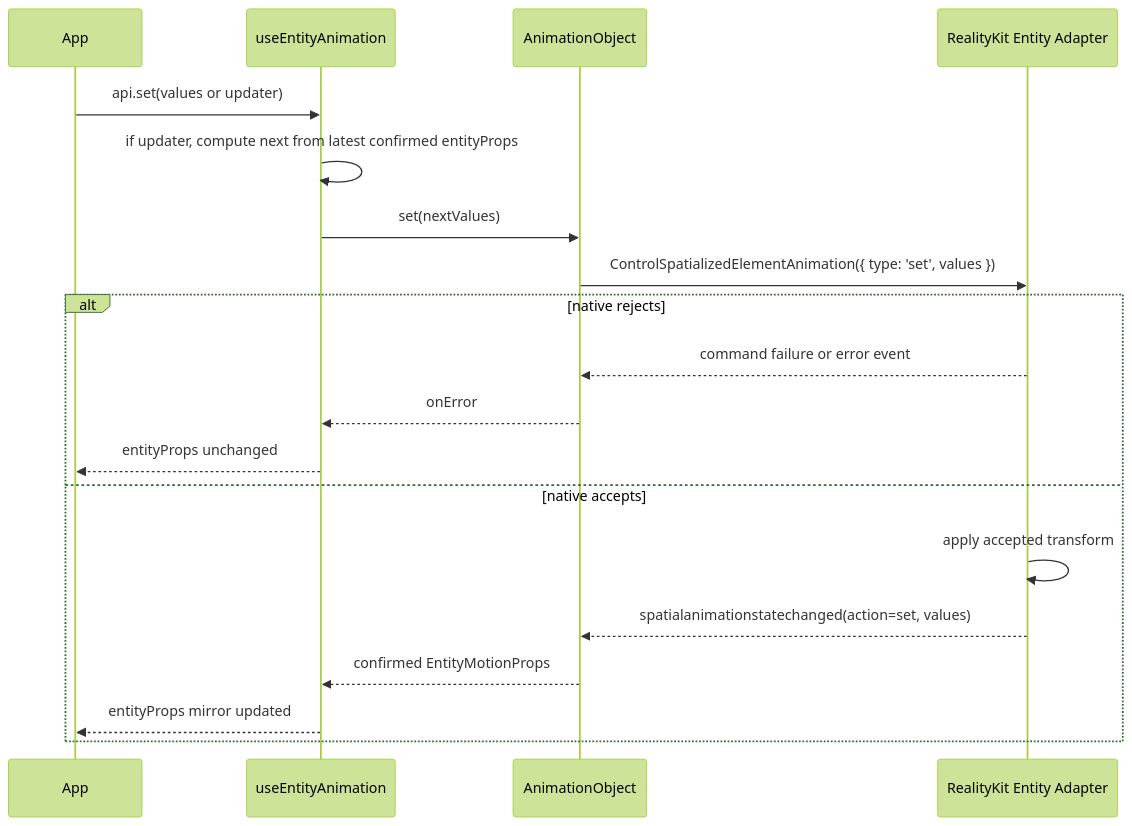
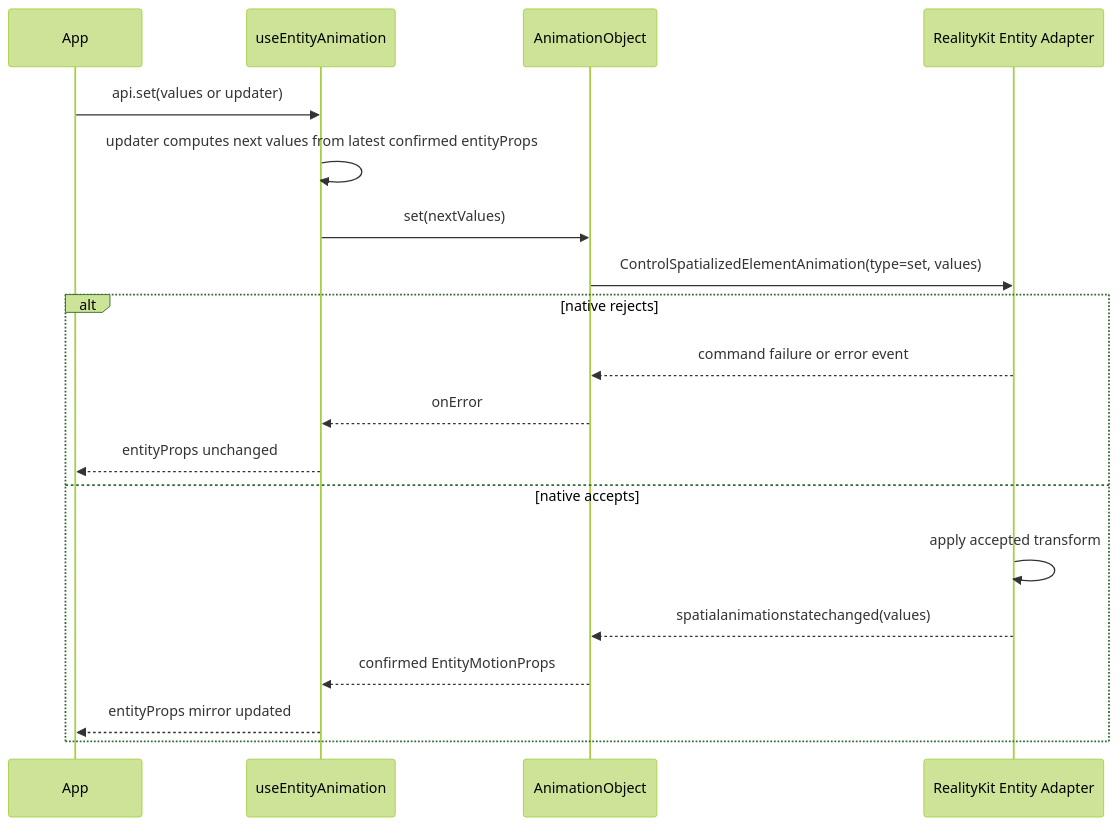
The third of 5 diagrams in openspec/changes/redesign-entity-motion-api/design.md (webspatial/webspatial-sdk), drawn with Mermaid (forest theme) before and after one commit. The commit also changed other lines of this file and 1 other file, not shown here.

````diff
--- a/openspec/changes/redesign-entity-motion-api/design.md
+++ b/openspec/changes/redesign-entity-motion-api/design.md
@@ -436,22 +244,22 @@
 ```mermaid
 sequenceDiagram
     participant App
     participant Hook as useEntityAnimation
     participant Obj as AnimationObject
     participant Native as RealityKit Entity Adapter
 
     App->>Hook: api.set(values or updater)
-    Hook->>Hook: if updater, compute next from latest confirmed entityProps
+    Hook->>Hook: updater computes next values from latest confirmed entityProps
     Hook->>Obj: set(nextValues)
-    Obj->>Native: ControlSpatializedElementAnimation({ type: 'set', values })
+    Obj->>Native: ControlSpatializedElementAnimation(type=set, values)
     alt native rejects
         Native-->>Obj: command failure or error event
         Obj-->>Hook: onError
         Hook-->>App: entityProps unchanged
     else native accepts
         Native->>Native: apply accepted transform
-        Native-->>Obj: spatialanimationstatechanged(action=set, values)
+        Native-->>Obj: spatialanimationstatechanged(values)
         Obj-->>Hook: confirmed EntityMotionProps
         Hook-->>App: entityProps mirror updated
     end
 ```
````
